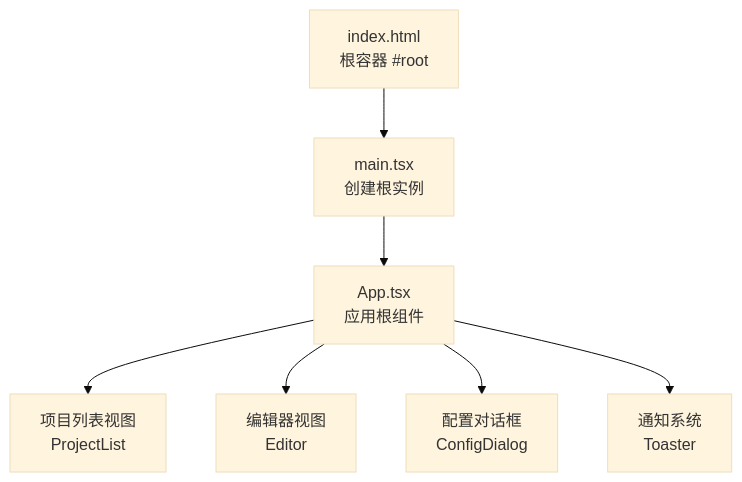
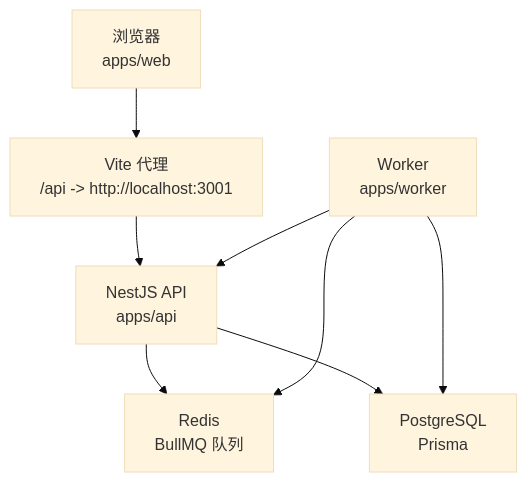
One commit to leonaiuv/aixsss changed the second of 4 diagrams in .qoder/repowiki/zh/content/快速开始.md. Above: the diagram before and after it, drawn with Mermaid (base theme). The commit also changed other lines of this file and 252 other files, not shown here.

````diff
--- a/.qoder/repowiki/zh/content/快速开始.md
+++ b/.qoder/repowiki/zh/content/快速开始.md
@@ -37,9 +107,10 @@
 ```mermaid
 graph TB
-A["index.html<br/>根容器 #root"] --> B["main.tsx<br/>创建根实例"]
-B --> C["App.tsx<br/>应用根组件"]
-C --> D["项目列表视图<br/>ProjectList"]
-C --> E["编辑器视图<br/>Editor"]
-C --> F["配置对话框<br/>ConfigDialog"]
-C --> G["通知系统<br/>Toaster"]
+Browser["浏览器<br/>apps/web"] --> ViteProxy["Vite 代理<br/>/api -> http://localhost:3001"]
+ViteProxy --> API["NestJS API<br/>apps/api"]
+API --> Redis["Redis<br/>BullMQ 队列"]
+API --> DB["PostgreSQL<br/>Prisma"]
+Worker["Worker<br/>apps/worker"] --> Redis
+Worker --> DB
+Worker --> API
 ```
````
